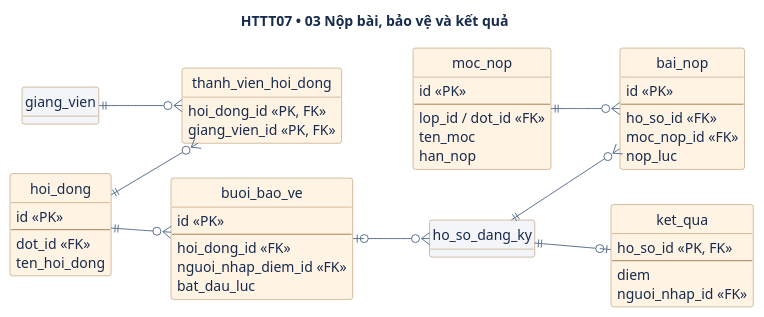
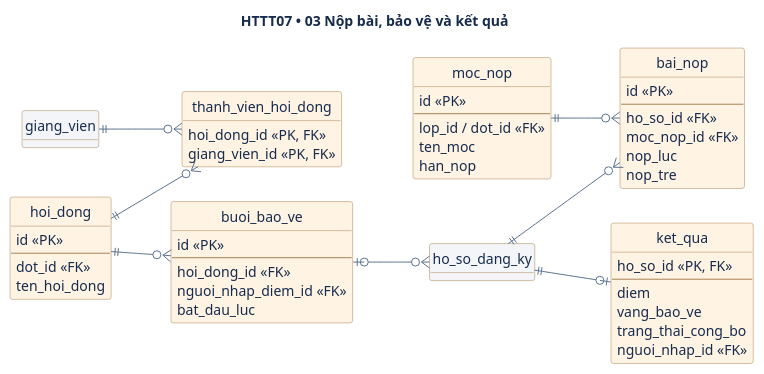
Before and after one commit to lam-vu6868/HTQL_TieuLuan_DoAN: the third of 3 diagrams in 04-thiet-ke-co-so-du-lieu.md, drawn with PlantUML. The commit also changed other lines of this file and 4 other files, not shown here.

````diff
--- a/04-thiet-ke-co-so-du-lieu.md
+++ b/04-thiet-ke-co-so-du-lieu.md
@@ -164,60 +166,63 @@
 ```plantuml
 @startuml
 title HTTT07 • 03 Nộp bài, bảo vệ và kết quả
 left to right direction
 skinparam shadowing false
 skinparam defaultFontName SansSerif
 skinparam defaultFontColor #172B4D
 skinparam classBackgroundColor #FFF3E4
 skinparam classBorderColor #A88353
 skinparam arrowColor #5C7390
 hide circle
 hide methods
 entity ho_so_dang_ky #F3F5F8
 entity giang_vien #F3F5F8
 entity moc_nop {
   id <<PK>>
   --
   lop_id / dot_id <<FK>>
   ten_moc
   han_nop
 }
 entity bai_nop {
   id <<PK>>
   --
   ho_so_id <<FK>>
   moc_nop_id <<FK>>
   nop_luc
+  nop_tre
 }
 entity hoi_dong {
   id <<PK>>
   --
   dot_id <<FK>>
   ten_hoi_dong
 }
 entity thanh_vien_hoi_dong {
   hoi_dong_id <<PK, FK>>
   giang_vien_id <<PK, FK>>
 }
 entity buoi_bao_ve {
   id <<PK>>
   --
   hoi_dong_id <<FK>>
   nguoi_nhap_diem_id <<FK>>
   bat_dau_luc
 }
 entity ket_qua {
   ho_so_id <<PK, FK>>
   --
   diem
+  vang_bao_ve
+  trang_thai_cong_bo
   nguoi_nhap_id <<FK>>
 }
 moc_nop ||--o{ bai_nop
 ho_so_dang_ky ||--o{ bai_nop
 ho_so_dang_ky ||--o| ket_qua
 hoi_dong ||--o{ thanh_vien_hoi_dong
 giang_vien ||--o{ thanh_vien_hoi_dong
 hoi_dong ||--o{ buoi_bao_ve
 buoi_bao_ve |o--o{ ho_so_dang_ky
 @enduml
 ```
````
